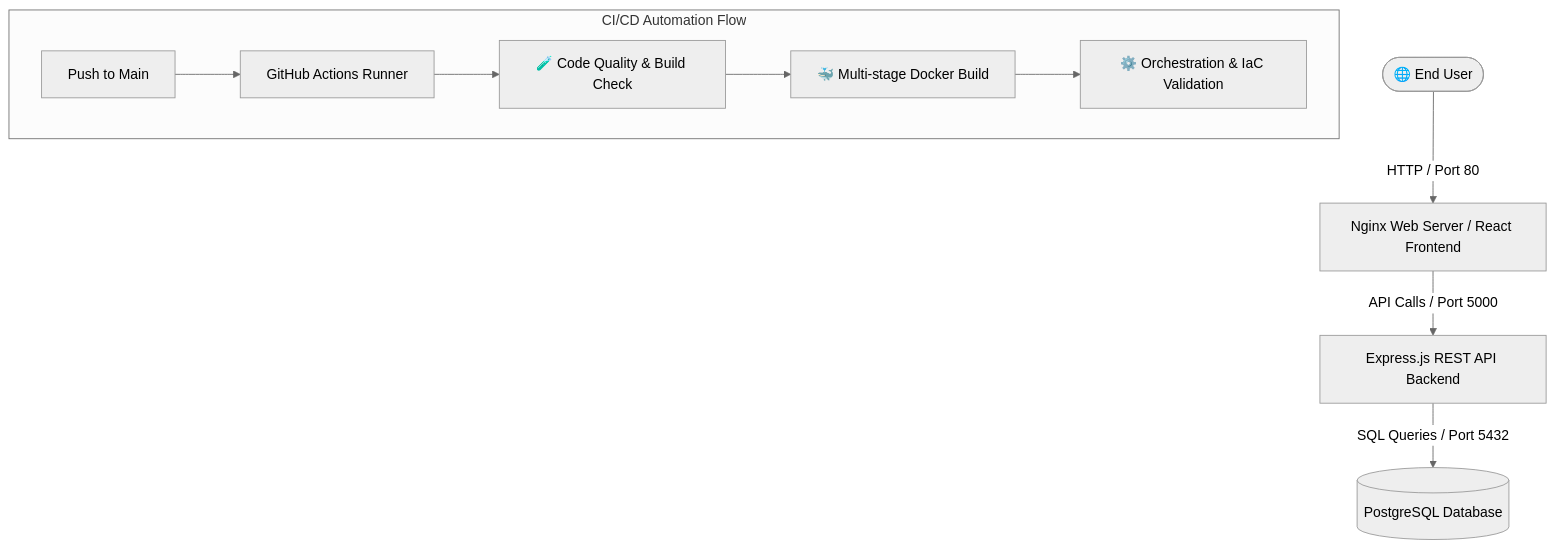
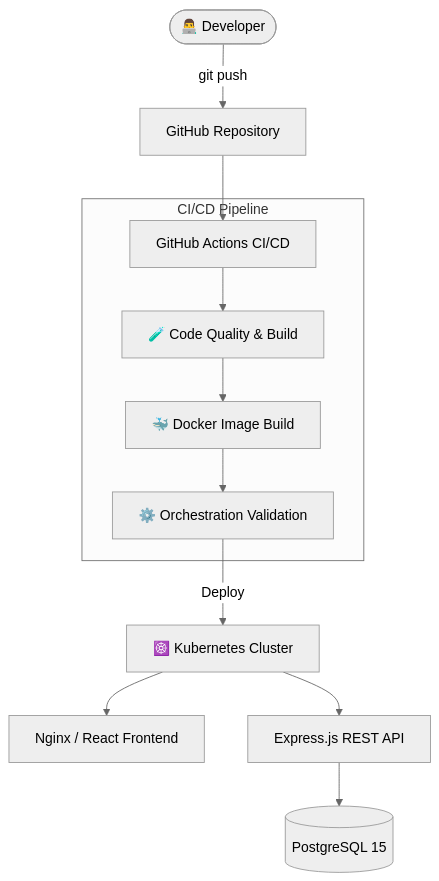
One commit to NouraizVirk/faculty-management-system changed the diagram in README.md. Above: the diagram before and after it, drawn with Mermaid (neutral theme). The commit also changed other lines of this file, not shown here.

Commit message:
docs: Update README with full architecture diagram, CI/CD pipeline, API docs, and project structure

````diff
--- a/README.md
+++ b/README.md
@@ -15,13 +17,16 @@
 ```mermaid
 graph TD
-    User([🌐 End User]) -->|HTTP / Port 80| Nginx[Nginx Web Server / React Frontend]
-    Nginx -->|API Calls / Port 5000| Express[Express.js REST API Backend]
-    Express -->|SQL Queries / Port 5432| Postgres[(PostgreSQL Database)]
+    Dev([👨‍💻 Developer]) -->|git push| GitHub[GitHub Repository]
+    GitHub --> Actions[GitHub Actions CI/CD]
 
-    subgraph CI/CD Automation Flow
-        Git[Push to Main] --> Actions[GitHub Actions Runner]
-        Actions --> Quality[🧪 Code Quality & Build Check]
-        Quality --> DockerBuild[🐳 Multi-stage Docker Build]
-        DockerBuild --> ConfigCheck[⚙️ Orchestration & IaC Validation]
+    subgraph CI/CD Pipeline
+        Actions --> Build[🧪 Code Quality & Build]
+        Build --> Docker[🐳 Docker Image Build]
+        Docker --> Infra[⚙️ Orchestration Validation]
     end
+
+    Infra -->|Deploy| K8s[☸️ Kubernetes Cluster]
+    K8s --> Frontend[Nginx / React Frontend]
+    K8s --> Backend[Express.js REST API]
+    Backend --> DB[(PostgreSQL 15)]
 ```
````
